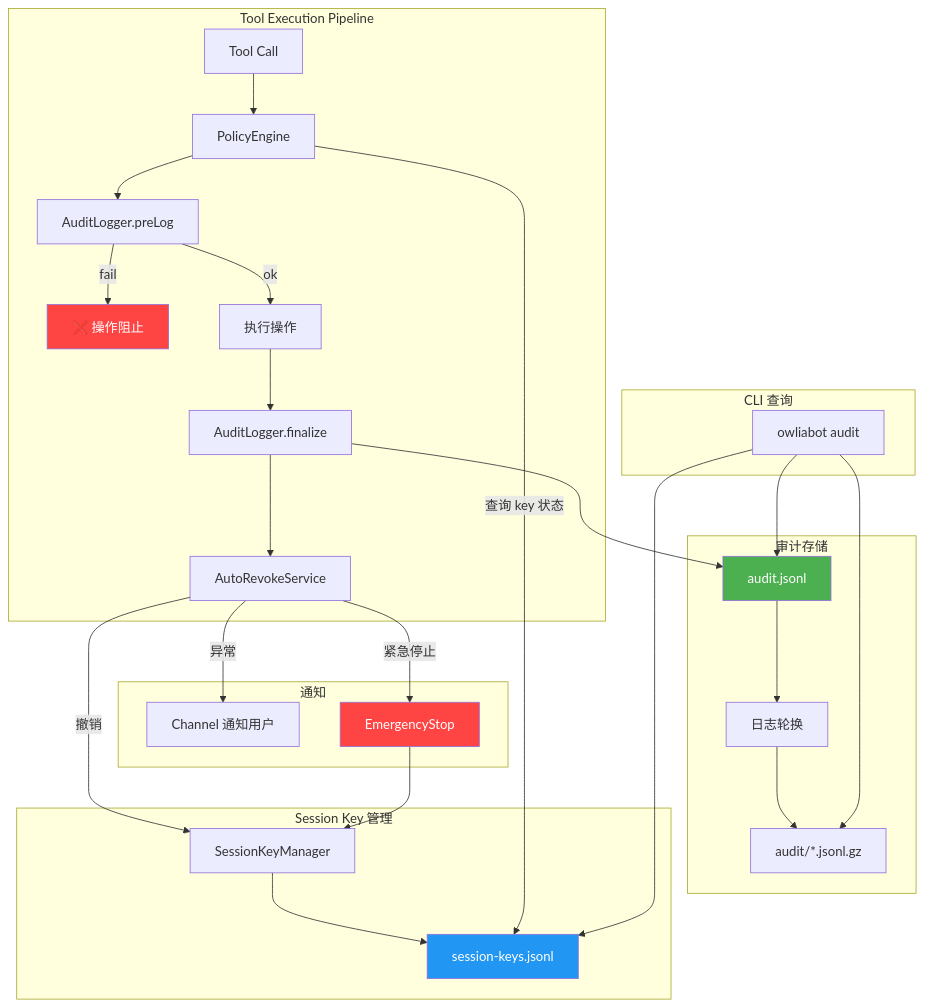
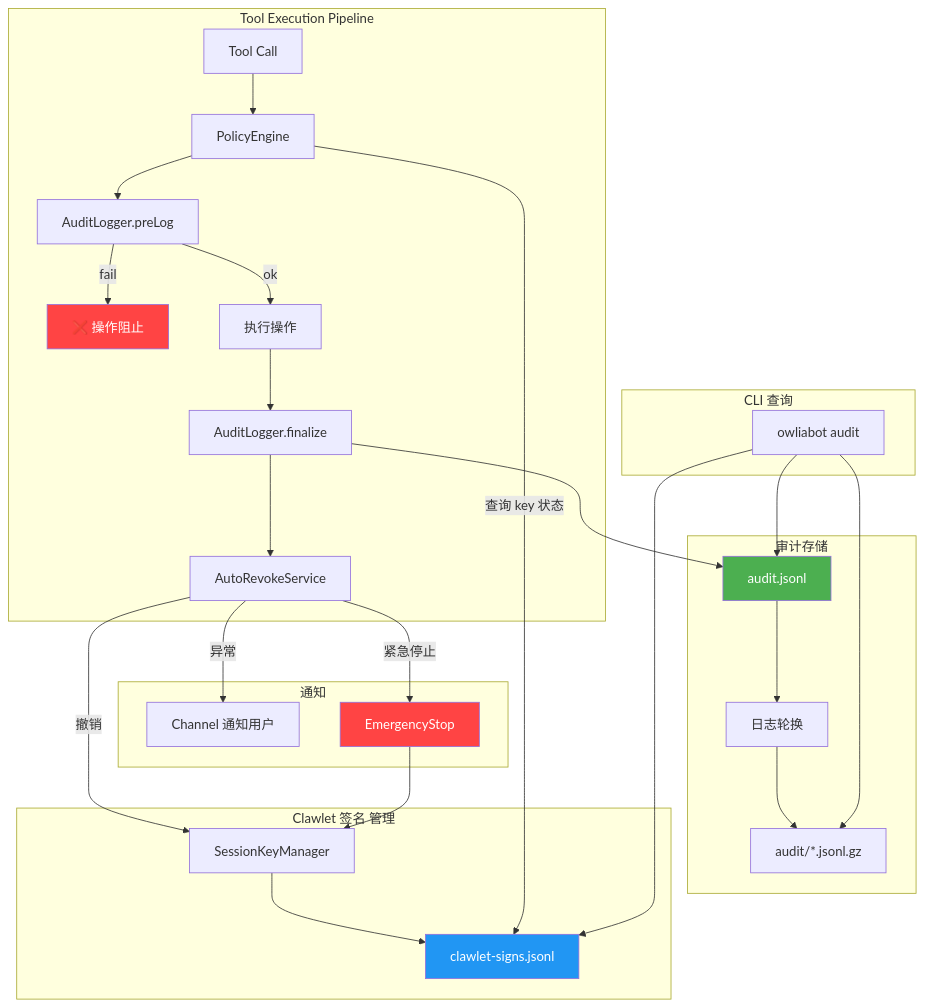
One commit to owliabot/owliabot changed the fifth of 5 diagrams in docs/design/audit-strategy.md. Above: the diagram before and after it, drawn with Mermaid. The commit also changed other lines of this file and 3 other files, not shown here.

First line of the commit message:
refactor: remove session key references from policy and docs

````diff
--- a/docs/design/audit-strategy.md
+++ b/docs/design/audit-strategy.md
@@ -948,40 +948,40 @@
 ```mermaid
 graph TB
     subgraph "Tool Execution Pipeline"
         TC[Tool Call] --> PE[PolicyEngine]
         PE --> AL[AuditLogger.preLog]
         AL -->|fail| BLOCK[❌ 操作阻止]
         AL -->|ok| EXEC[执行操作]
         EXEC --> FIN[AuditLogger.finalize]
         FIN --> AR[AutoRevokeService]
     end
     
     subgraph "审计存储"
         FIN --> AJ[audit.jsonl]
         AJ --> ROT[日志轮换]
         ROT --> ARCH[audit/*.jsonl.gz]
     end
     
-    subgraph "Session Key 管理"
+    subgraph "Clawlet 签名 管理"
         AR -->|撤销| SKM[SessionKeyManager]
-        SKM --> SKL[session-keys.jsonl]
+        SKM --> SKL[clawlet-signs.jsonl]
         PE -->|查询 key 状态| SKL
     end
     
     subgraph "CLI 查询"
         CLI[owliabot audit] --> AJ
         CLI --> ARCH
         CLI --> SKL
     end
     
     subgraph "通知"
         AR -->|异常| NOTIFY[Channel 通知用户]
         AR -->|紧急停止| ES[EmergencyStop]
         ES --> SKM
     end
 
     style BLOCK fill:#f44,color:white
     style ES fill:#f44,color:white
     style AJ fill:#4CAF50,color:white
     style SKL fill:#2196F3,color:white
 ```
````
